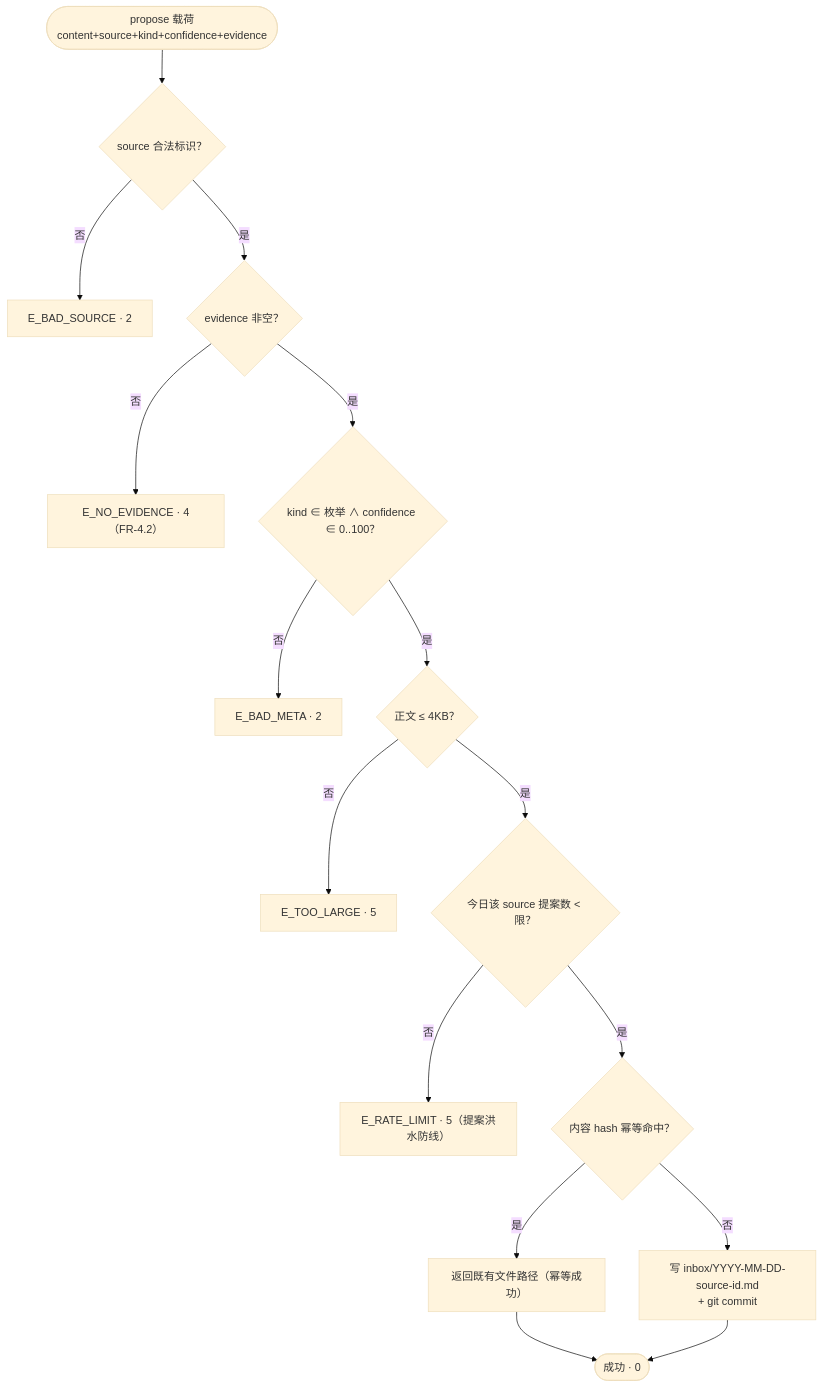
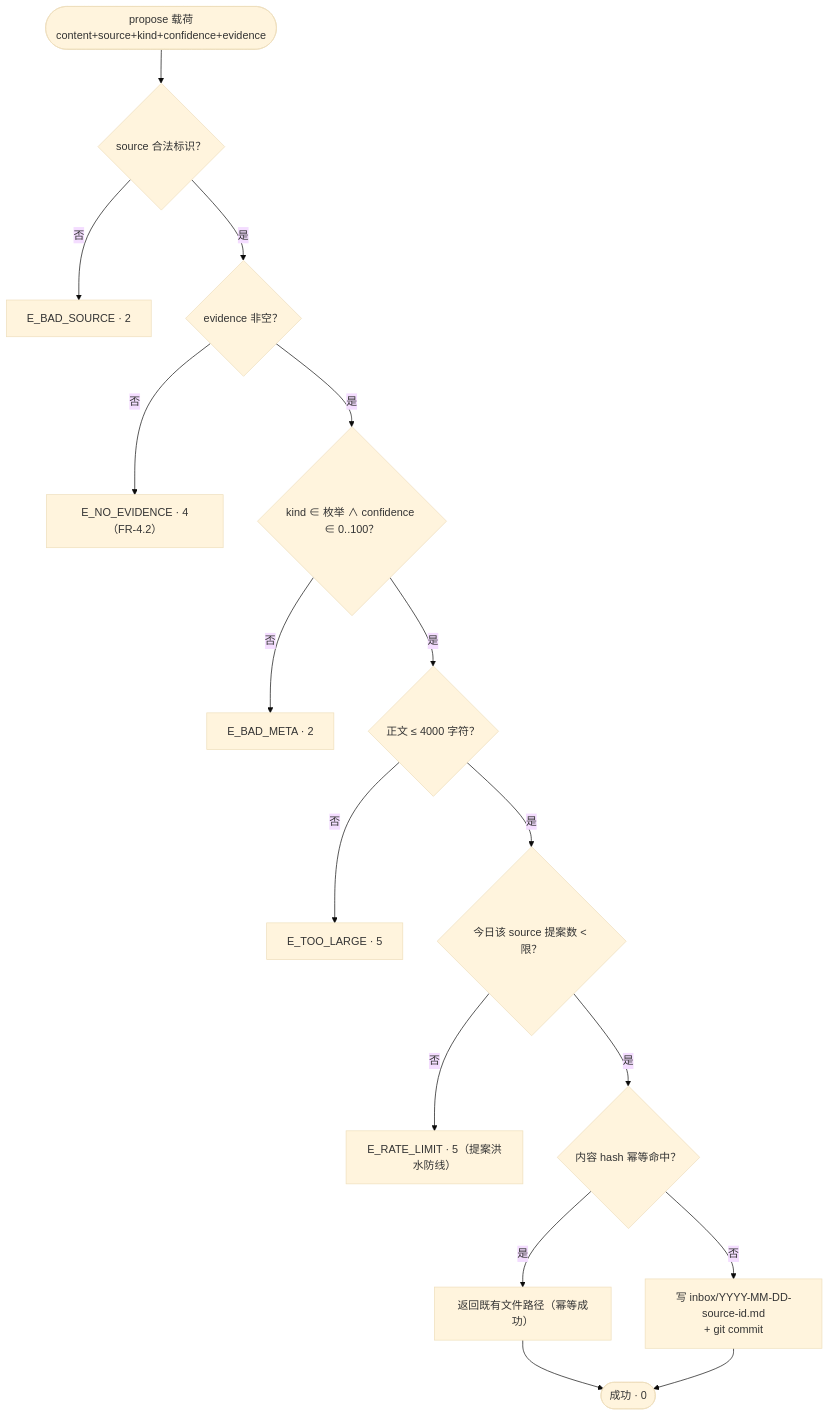
One commit to Jo0OCTsai/pokemon-remember-you changed diagram 14 of 15 in docs/DESIGN.md. Above: the diagram before and after it, drawn with Mermaid (base theme). The commit also changed other lines of this file and 5 other files, not shown here.

````diff
--- a/docs/DESIGN.md
+++ b/docs/DESIGN.md
@@ -797,17 +824,17 @@
 ```mermaid
 flowchart TD
     P(["propose 载荷<br/>content+source+kind+confidence+evidence"]) --> V1{"source 合法标识？"}
     V1 -->|"否"| E1["E_BAD_SOURCE · 2"]
     V1 -->|"是"| V2{"evidence 非空？"}
     V2 -->|"否"| E2["E_NO_EVIDENCE · 4（FR-4.2）"]
     V2 -->|"是"| V3{"kind ∈ 枚举 ∧ confidence ∈ 0..100？"}
     V3 -->|"否"| E3["E_BAD_META · 2"]
-    V3 -->|"是"| V4{"正文 ≤ 4KB？"}
+    V3 -->|"是"| V4{"正文 ≤ 4000 字符？"}
     V4 -->|"否"| E4["E_TOO_LARGE · 5"]
     V4 -->|"是"| V5{"今日该 source 提案数 < 限？"}
     V5 -->|"否"| E5["E_RATE_LIMIT · 5（提案洪水防线）"]
     V5 -->|"是"| V6{"内容 hash 幂等命中？"}
     V6 -->|"是"| IDEM["返回既有文件路径（幂等成功）"]
     V6 -->|"否"| W["写 inbox/YYYY-MM-DD-source-id.md<br/>+ git commit"]
     IDEM & W --> OK(["成功 · 0"])
 ```
````
